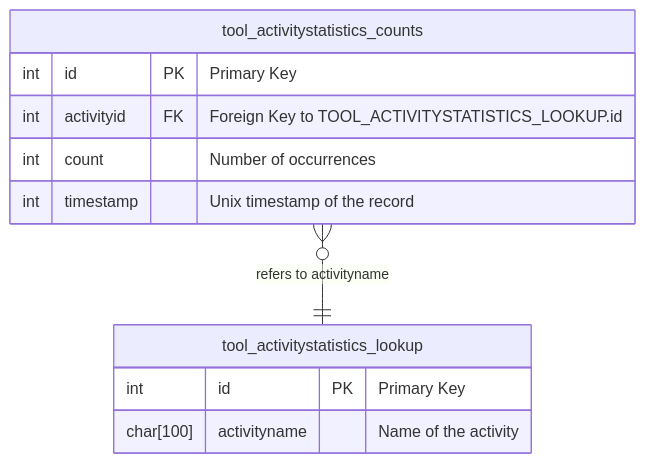
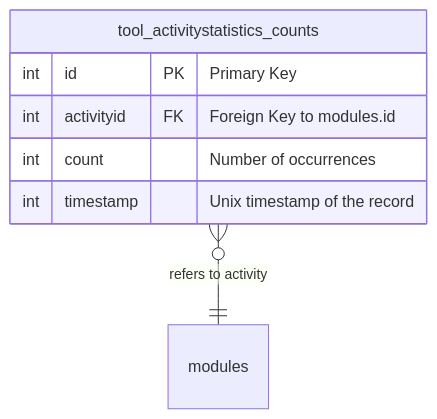
One commit to moritzwaschkewitz/moodle-activitystatistics changed the diagram in README.md. Above: the diagram before and after it, drawn with Mermaid. The commit also changed 3 other files, not shown here.

Commit message:
Removed redudant lookup-table to use the original modules-table instead. Also changed FK activityid and timestamp to BIGINT Length 20

````diff
--- a/README.md
+++ b/README.md
@@ -3,16 +3,11 @@
 ```mermaid
 erDiagram
-    tool_activitystatistics_lookup {
-        int id PK "Primary Key"
-        char[100] activityname "Name of the activity"
-    }
-
     tool_activitystatistics_counts {
         int id PK "Primary Key"
-        int activityid FK "Foreign Key to TOOL_ACTIVITYSTATISTICS_LOOKUP.id"
+        int activityid FK "Foreign Key to modules.id"
         int count "Number of occurrences"
         int timestamp "Unix timestamp of the record"
     }
 
-    tool_activitystatistics_counts }o--|| tool_activitystatistics_lookup : "refers to activityname"
+    tool_activitystatistics_counts }o--|| modules : "refers to activity"
 ```
````
